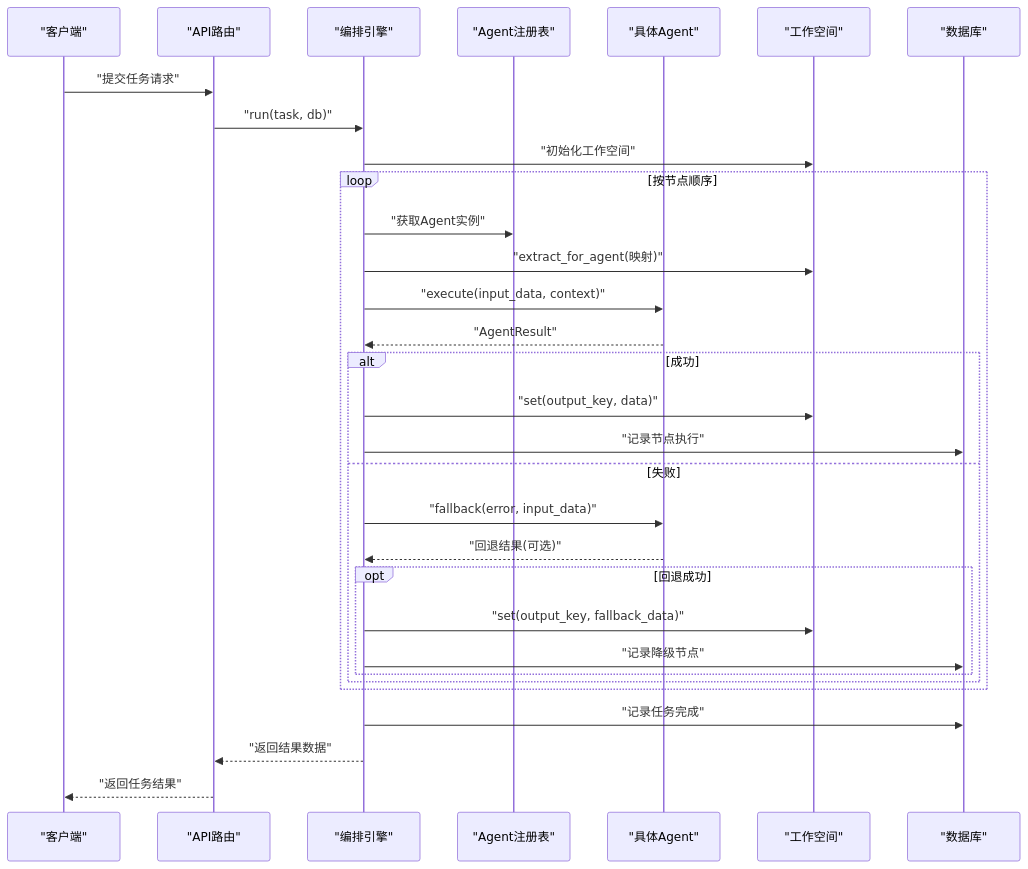
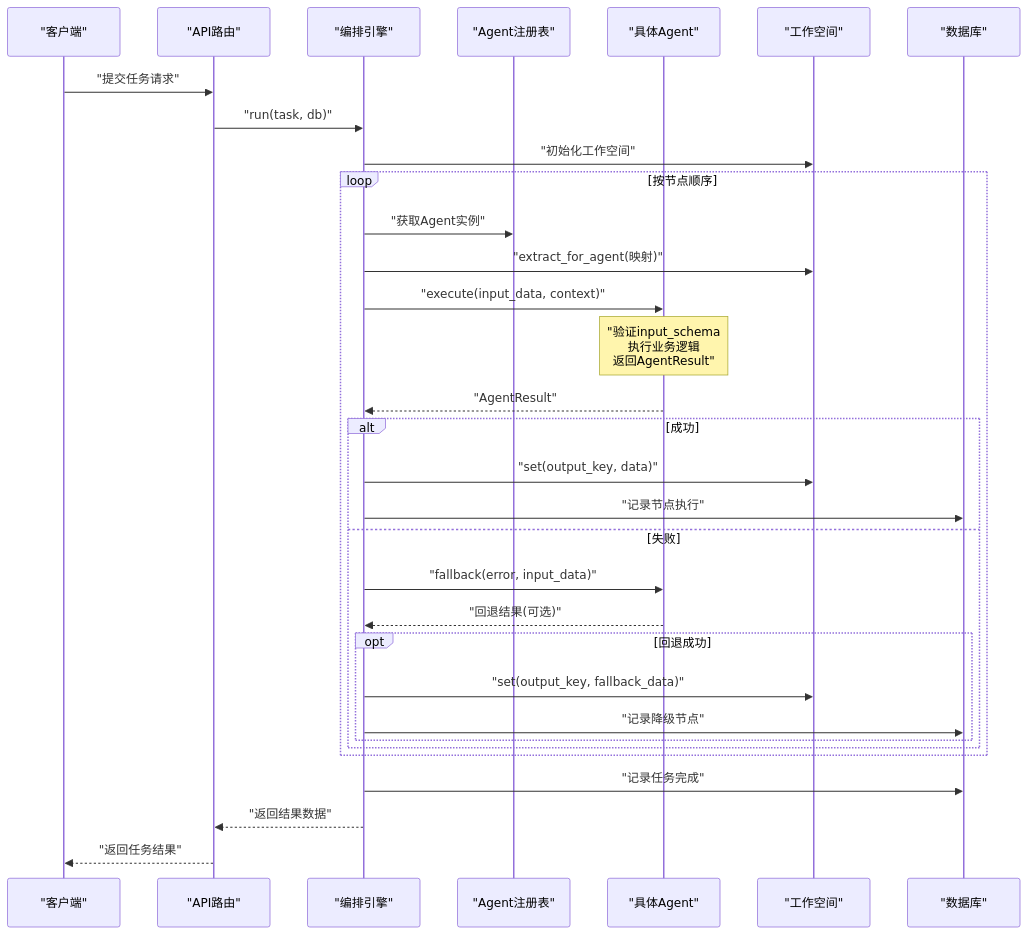
The second of 9 diagrams in .qoder/repowiki/zh/content/后端开发/Agent智能体系统/Agent智能体系统.md (sansansansansan2022-web/hotclaw), drawn with Mermaid before and after one commit. The commit also changed other lines of this file and 44 other files, not shown here.

````diff
--- a/.qoder/repowiki/zh/content/后端开发/Agent智能体系统/Agent智能体系统.md
+++ b/.qoder/repowiki/zh/content/后端开发/Agent智能体系统/Agent智能体系统.md
@@ -124,33 +138,34 @@
 ```mermaid
 sequenceDiagram
 participant Client as "客户端"
 participant API as "API路由"
 participant Engine as "编排引擎"
 participant Reg as "Agent注册表"
 participant Agent as "具体Agent"
 participant WS as "工作空间"
 participant DB as "数据库"
 Client->>API : "提交任务请求"
 API->>Engine : "run(task, db)"
 Engine->>WS : "初始化工作空间"
 loop 按节点顺序
 Engine->>Reg : "获取Agent实例"
 Engine->>WS : "extract_for_agent(映射)"
 Engine->>Agent : "execute(input_data, context)"
+Note over Agent : "验证input_schema<br/>执行业务逻辑<br/>返回AgentResult"
 Agent-->>Engine : "AgentResult"
 alt 成功
 Engine->>WS : "set(output_key, data)"
 Engine->>DB : "记录节点执行"
 else 失败
 Engine->>Agent : "fallback(error, input_data)"
 Agent-->>Engine : "回退结果(可选)"
 opt 回退成功
 Engine->>WS : "set(output_key, fallback_data)"
 Engine->>DB : "记录降级节点"
 end
 end
 end
 Engine->>DB : "记录任务完成"
 Engine-->>API : "返回结果数据"
 API-->>Client : "返回任务结果"
 ```
````
